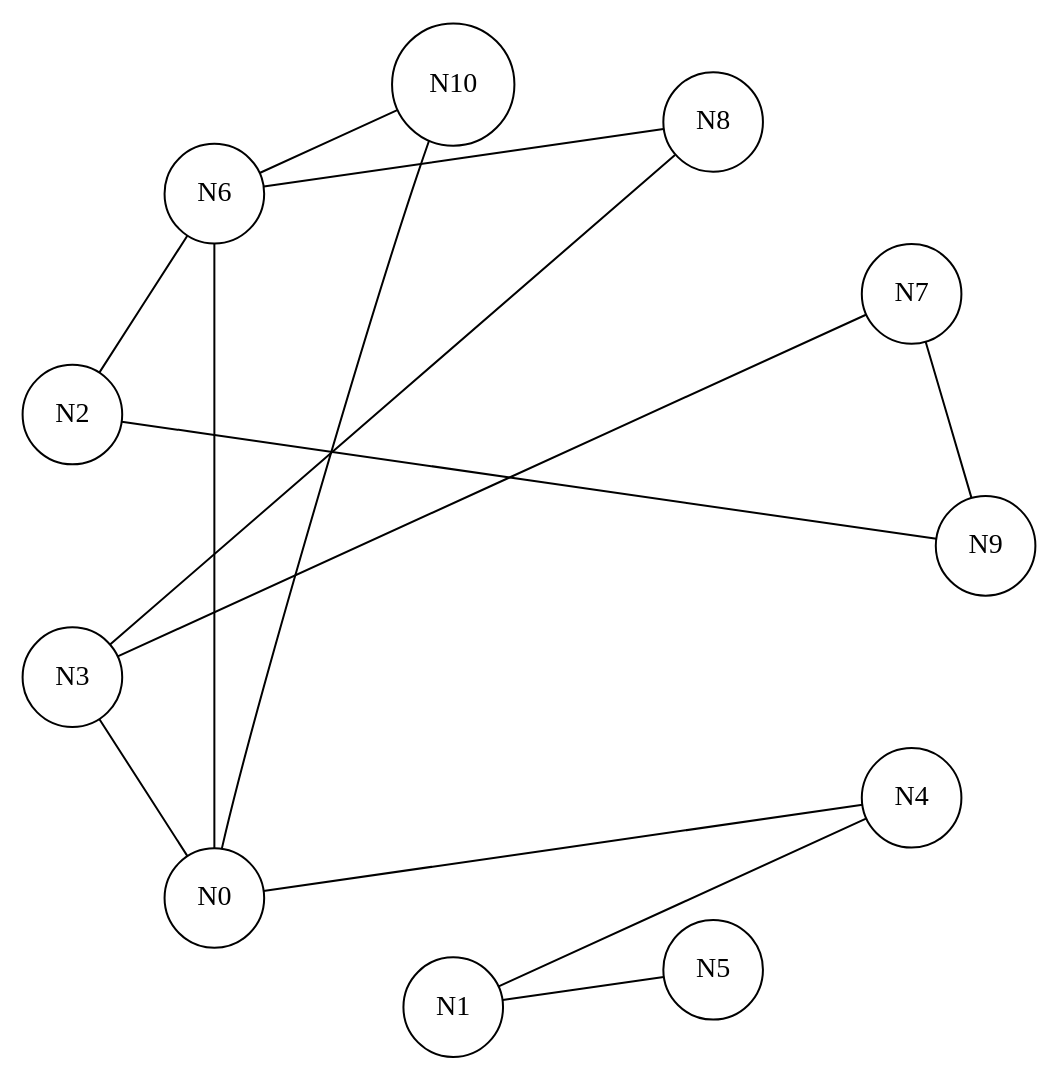
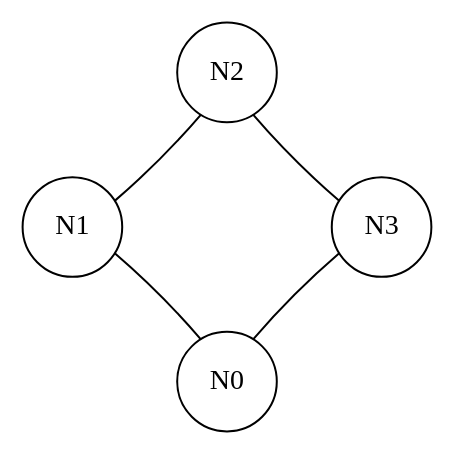
The diagram in Projekt 2/1/output1.dot (Sztormus/Grafy), drawn with Graphviz before and after one commit. The commit also changed 22 other files, not shown here.

```diff
--- a/Projekt 2/1/output1.dot
+++ b/Projekt 2/1/output1.dot
@@ -1,29 +1,13 @@
 digraph G
 {
 	layout="circo";
 	node [shape = circle];
 	N0 -> N1 [arrowhead=none][style=invis]
 	N1 -> N2 [arrowhead=none][style=invis]
 	N2 -> N3 [arrowhead=none][style=invis]
-	N3 -> N4 [arrowhead=none][style=invis]
-	N4 -> N5 [arrowhead=none][style=invis]
-	N5 -> N6 [arrowhead=none][style=invis]
-	N6 -> N7 [arrowhead=none][style=invis]
-	N7 -> N8 [arrowhead=none][style=invis]
-	N8 -> N9 [arrowhead=none][style=invis]
-	N9 -> N10 [arrowhead=none][style=invis]
-	N10 -> N0 [arrowhead=none][style=invis]
+	N3 -> N0 [arrowhead=none][style=invis]
+	N1 -> N0 [arrowhead=none]
 	N3 -> N0 [arrowhead=none]
-	N4 -> N0 [arrowhead=none]
-	N6 -> N0 [arrowhead=none]
-	N10 -> N0 [arrowhead=none]
-	N4 -> N1 [arrowhead=none]
-	N5 -> N1 [arrowhead=none]
-	N6 -> N2 [arrowhead=none]
-	N9 -> N2 [arrowhead=none]
-	N7 -> N3 [arrowhead=none]
-	N8 -> N3 [arrowhead=none]
-	N8 -> N6 [arrowhead=none]
-	N10 -> N6 [arrowhead=none]
-	N9 -> N7 [arrowhead=none]
+	N2 -> N1 [arrowhead=none]
+	N3 -> N2 [arrowhead=none]
 }
```
